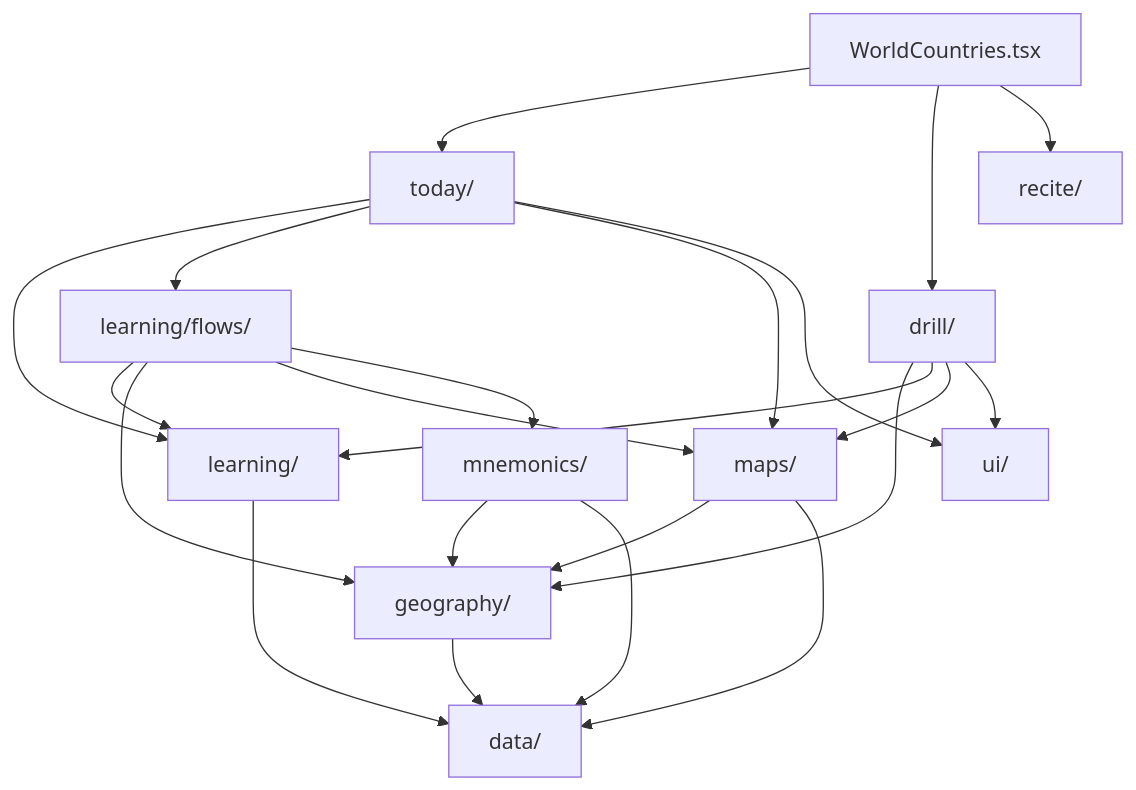
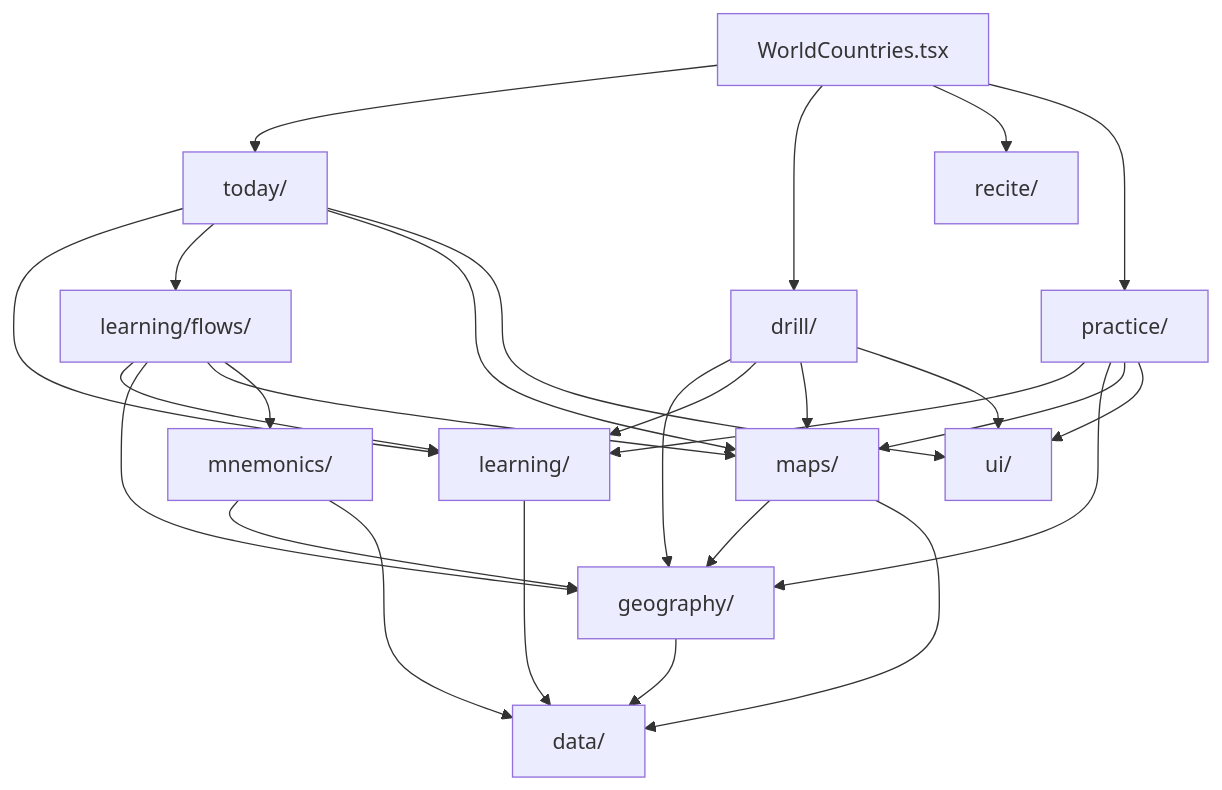
One commit to JolleNo10/major-system-app changed the diagram in docs/architecture/features/WORLD_COUNTRIES.md. Above: the diagram before and after it, drawn with Mermaid. The commit also changed other lines of this file and 40 other files, not shown here.

````diff
--- a/docs/architecture/features/WORLD_COUNTRIES.md
+++ b/docs/architecture/features/WORLD_COUNTRIES.md
@@ -430,24 +456,29 @@
 ```mermaid
 flowchart TD
   Geography["geography/"] --> Data["data/"]
   Learning["learning/"] --> Data
   Maps["maps/"] --> Geography
   Maps --> Data
   Mnemonics["mnemonics/"] --> Geography
   Mnemonics --> Data
   LearningFlows["learning/flows/"] --> Learning
   LearningFlows --> Geography
   LearningFlows --> Maps
   LearningFlows --> Mnemonics
   Drill["drill/"] --> Geography
   Drill --> Learning
   Drill --> Maps
   Drill --> UI["ui/"]
+  Practice["practice/"] --> Learning
+  Practice --> Geography
+  Practice --> Maps
+  Practice --> UI
   Today["today/"] --> Learning
   Today --> LearningFlows
   Today --> Maps
   Today --> UI
   Shell["WorldCountries.tsx"] --> Today
   Shell --> Drill
   Shell --> Recite["recite/"]
+  Shell --> Practice
 ```
````
